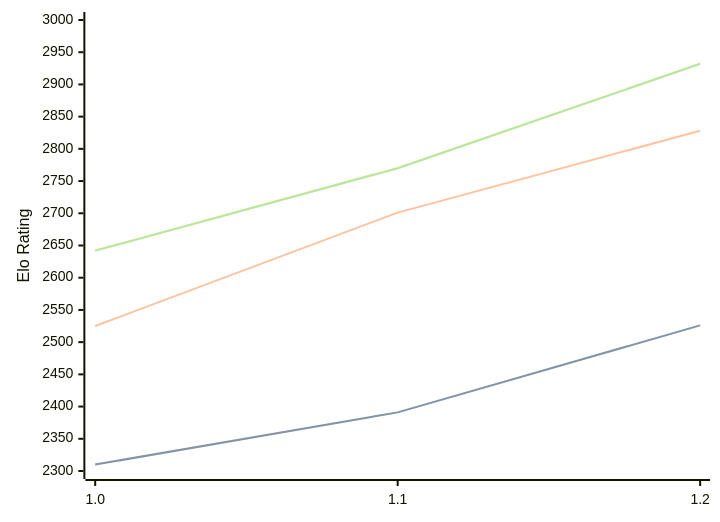
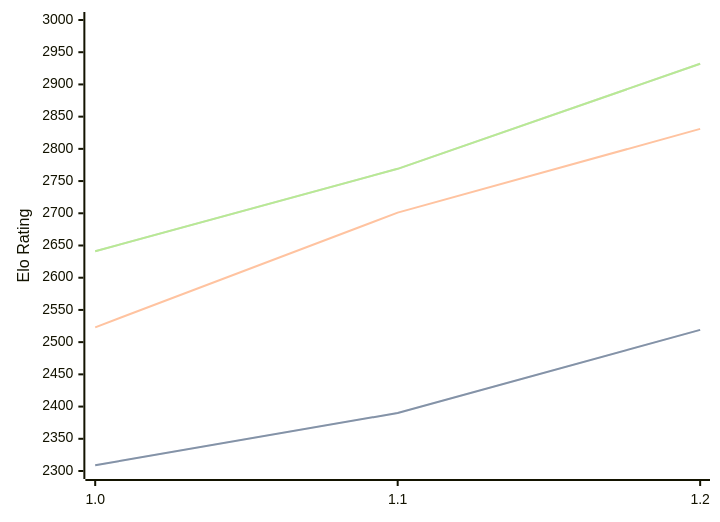
One commit to computer-chess-index/cci changed the first of 3 diagrams in engines/FoxChess.md. Above: the diagram before and after it, drawn with Mermaid. The commit also changed other lines of this file, not shown here.

Commit message:
Update CCI Ratings (ELO VLTC) - 2026-07-15

````diff
--- a/engines/FoxChess.md
+++ b/engines/FoxChess.md
@@ -33,11 +33,11 @@
 ```mermaid
 %%{init: {"theme":"base","themeVariables":{"seriesColors:['#a3a3a3','#222221','#faa371']}}}%%
 xychart-beta
   x-axis ["1.0", "1.1", "1.2"]
   y-axis "Elo Rating" 2300 --> 3000
-  line "STC (8.0+0.08s)" [2310, 2391, 2526]
-  line "STC (8.0+0.08s)" [2310, 2391, 2526]
-  line "LTC (60.0+0.60s)" [2525, 2701, 2828]
-  line "VLTC (2m24s+1.12s)" [2642, 2770, 2932]
-  line "VLTC (2m24s+1.12s)" [2642, 2770, 2932]
+  line "STC (8.0+0.08s)" [2309, 2390, 2519]
+  line "STC (8.0+0.08s)" [2309, 2390, 2519]
+  line "LTC (60.0+0.60s)" [2523, 2701, 2831]
+  line "VLTC (2m24s+1.12s)" [2641, 2769, 2932]
+  line "VLTC (2m24s+1.12s)" [2641, 2769, 2932]
 ```
````
